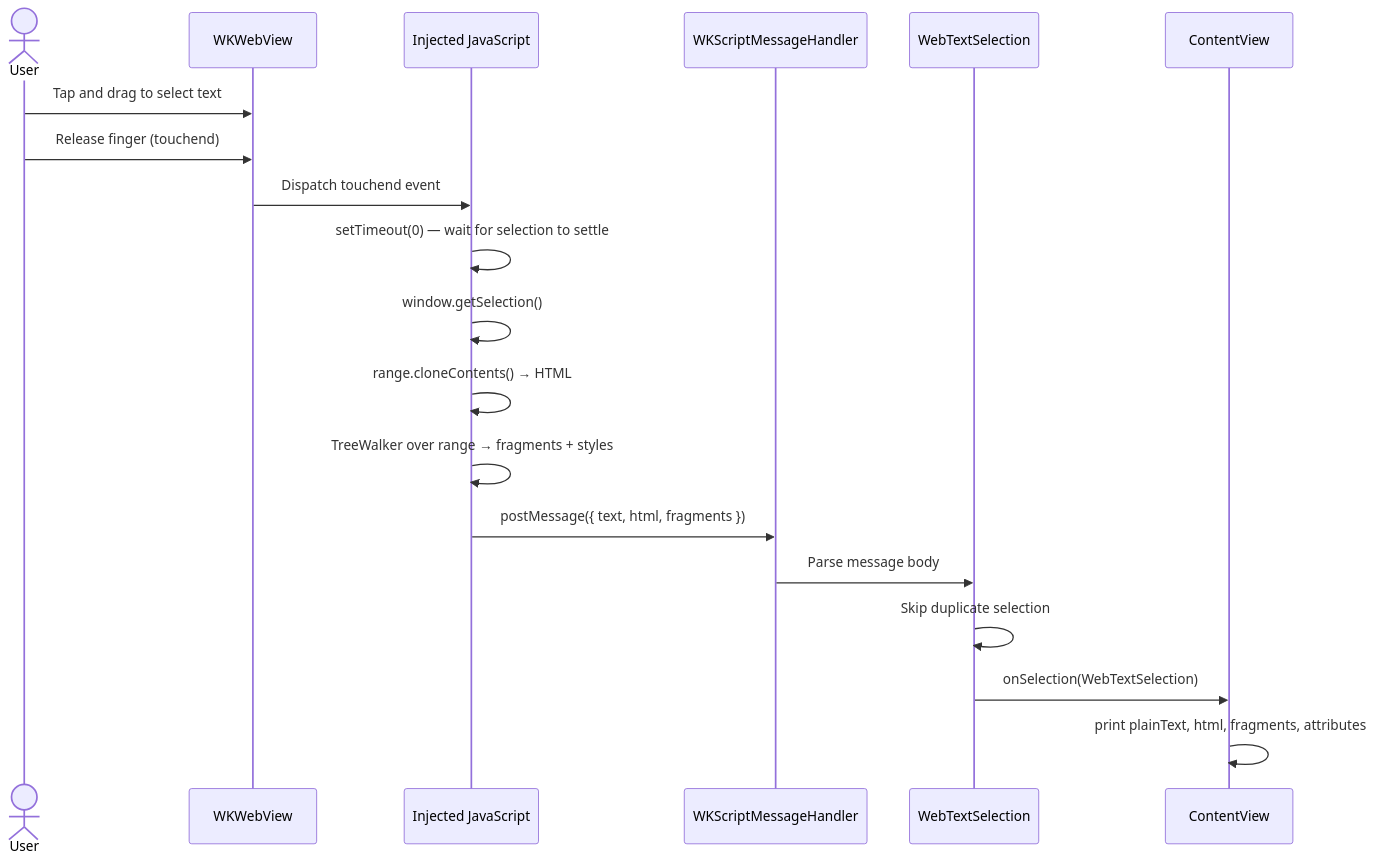
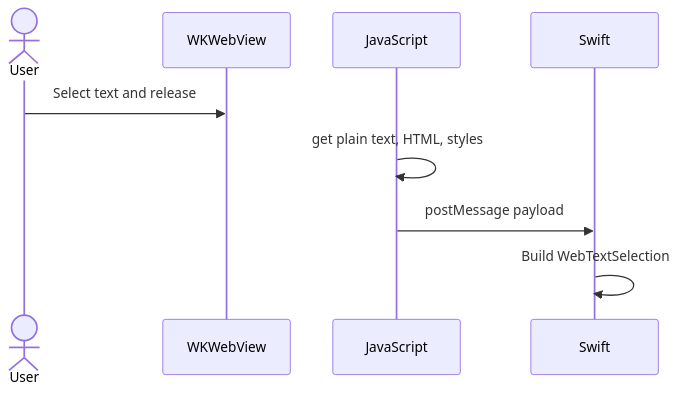
Before and after one commit to phonglevulcanlabs/ios-webkit-selection: the diagram in README.md, drawn with Mermaid. The commit also changed other lines of this file, not shown here.

````diff
--- a/README.md
+++ b/README.md
@@ -85,22 +18,12 @@
 ```mermaid
 sequenceDiagram
     actor User
-    participant WKWebView
-    participant JS as Injected JavaScript
-    participant Bridge as WKScriptMessageHandler
-    participant Swift as WebTextSelection
-    participant App as ContentView
+    participant WebView as WKWebView
+    participant JS as JavaScript
+    participant Swift as Swift
 
-    User->>WKWebView: Tap and drag to select text
-    User->>WKWebView: Release finger (touchend)
-    WKWebView->>JS: Dispatch touchend event
-    JS->>JS: setTimeout(0) — wait for selection to settle
-    JS->>JS: window.getSelection()
-    JS->>JS: range.cloneContents() → HTML
-    JS->>JS: TreeWalker over range → fragments + styles
-    JS->>Bridge: postMessage({ text, html, fragments })
-    Bridge->>Swift: Parse message body
-    Swift->>Swift: Skip duplicate selection
-    Swift->>App: onSelection(WebTextSelection)
-    App->>App: print plainText, html, fragments, attributes
+    User->>WebView: Select text and release
+    JS->>JS: get plain text, HTML, styles
+    JS->>Swift: postMessage payload
+    Swift->>Swift: Build WebTextSelection
 ```
````
